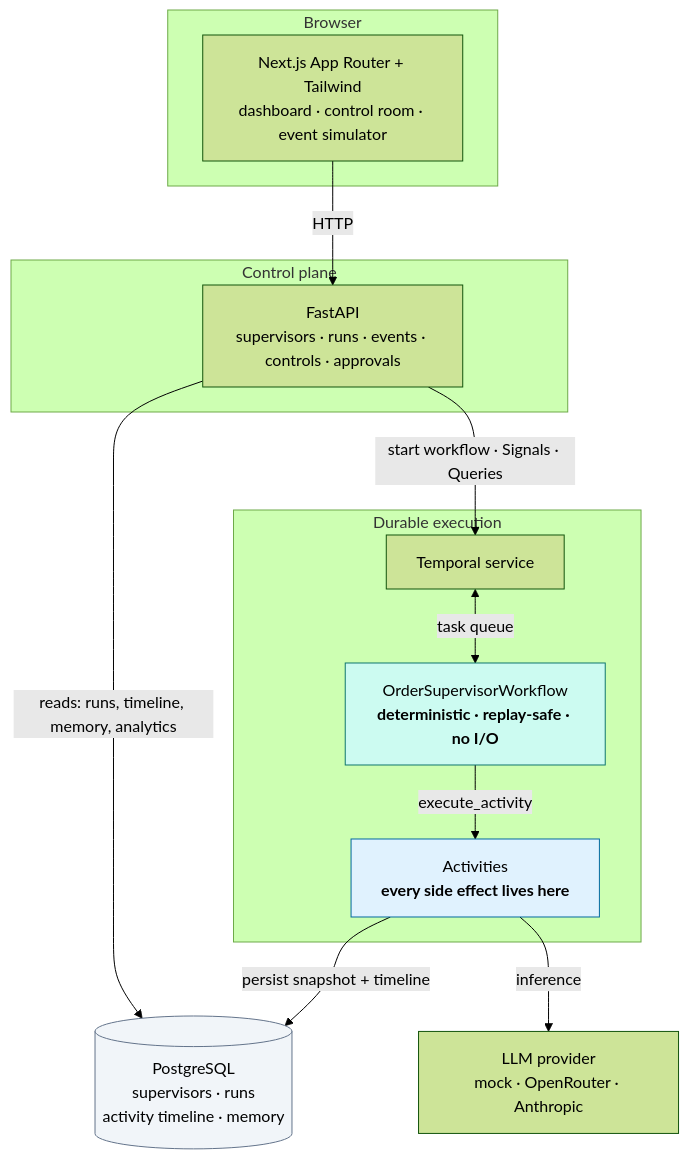
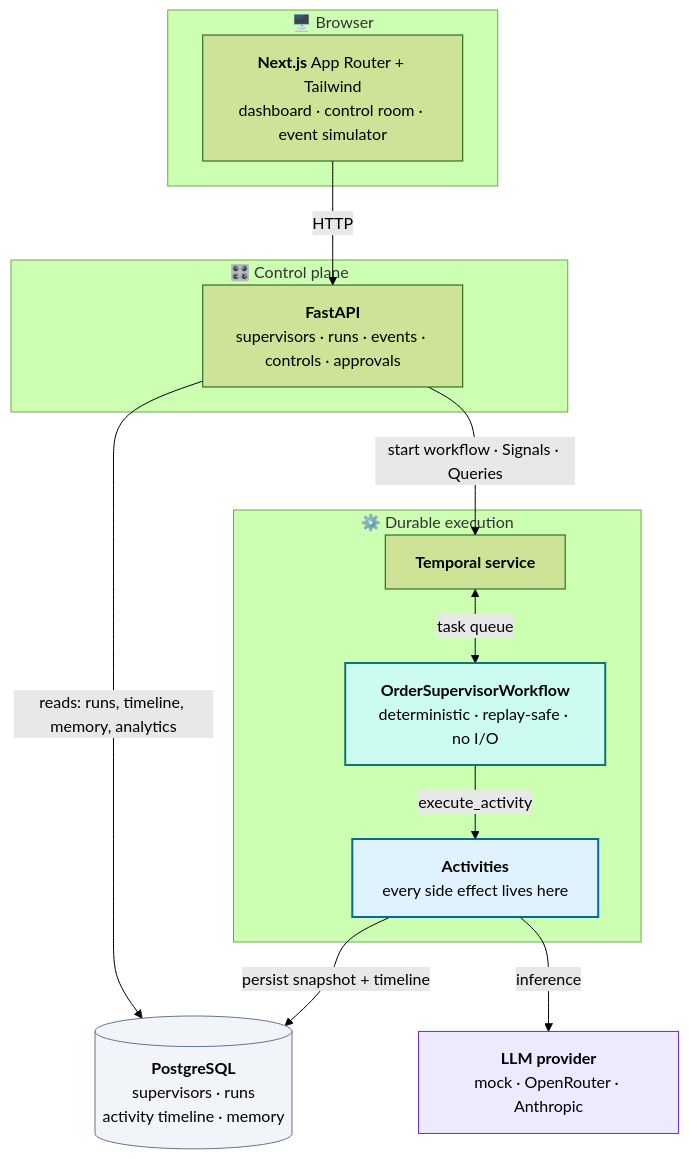
The first of 3 diagrams in README.md (Gupta2708/OrderPilot), drawn with Mermaid (forest theme) before and after one commit. The commit also changed other lines of this file and 5 other files, not shown here.

````diff
--- a/README.md
+++ b/README.md
@@ -30,31 +80,32 @@
 ```mermaid
 flowchart TB
-    subgraph client["Browser"]
-        UI["Next.js App Router + Tailwind<br/>dashboard · control room · event simulator"]
+    subgraph client["🖥️  Browser"]
+        UI["<b>Next.js</b> App Router + Tailwind<br/>dashboard · control room · event simulator"]
     end
 
-    subgraph control["Control plane"]
-        API["FastAPI<br/>supervisors · runs · events · controls · approvals"]
+    subgraph control["🎛️  Control plane"]
+        API["<b>FastAPI</b><br/>supervisors · runs · events · controls · approvals"]
     end
 
-    subgraph durable["Durable execution"]
-        TS["Temporal service"]
-        WF["OrderSupervisorWorkflow<br/><b>deterministic · replay-safe · no I/O</b>"]
-        ACT["Activities<br/><b>every side effect lives here</b>"]
+    subgraph durable["⚙️  Durable execution"]
+        TS["<b>Temporal service</b>"]
+        WF["<b>OrderSupervisorWorkflow</b><br/>deterministic · replay-safe · no I/O"]
+        ACT["<b>Activities</b><br/>every side effect lives here"]
     end
 
-    DB[("PostgreSQL<br/>supervisors · runs<br/>activity timeline · memory")]
-    LLM["LLM provider<br/>mock · OpenRouter · Anthropic"]
+    DB[("<b>PostgreSQL</b><br/>supervisors · runs<br/>activity timeline · memory")]
+    LLM["<b>LLM provider</b><br/>mock · OpenRouter · Anthropic"]
 
     UI -->|HTTP| API
     API -->|"reads: runs, timeline, memory, analytics"| DB
     API -->|"start workflow · Signals · Queries"| TS
     TS <-->|"task queue"| WF
     WF -->|"execute_activity"| ACT
     ACT -->|"inference"| LLM
     ACT -->|"persist snapshot + timeline"| DB
 
-    style WF fill:#ccfbf1,stroke:#0f766e
-    style ACT fill:#e0f2fe,stroke:#0369a1
+    style WF fill:#ccfbf1,stroke:#0f766e,stroke-width:2px
+    style ACT fill:#e0f2fe,stroke:#0369a1,stroke-width:2px
     style DB fill:#f1f5f9,stroke:#64748b
+    style LLM fill:#ede9fe,stroke:#6d28d9
 ```
````
